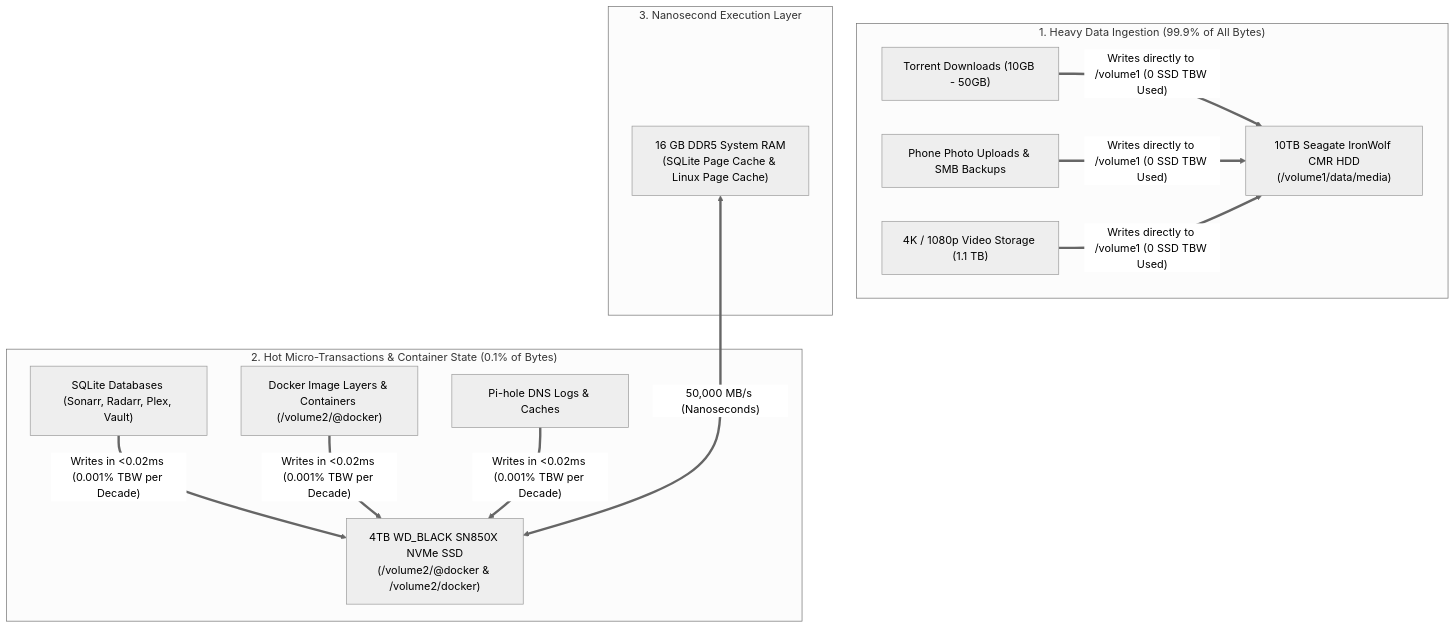
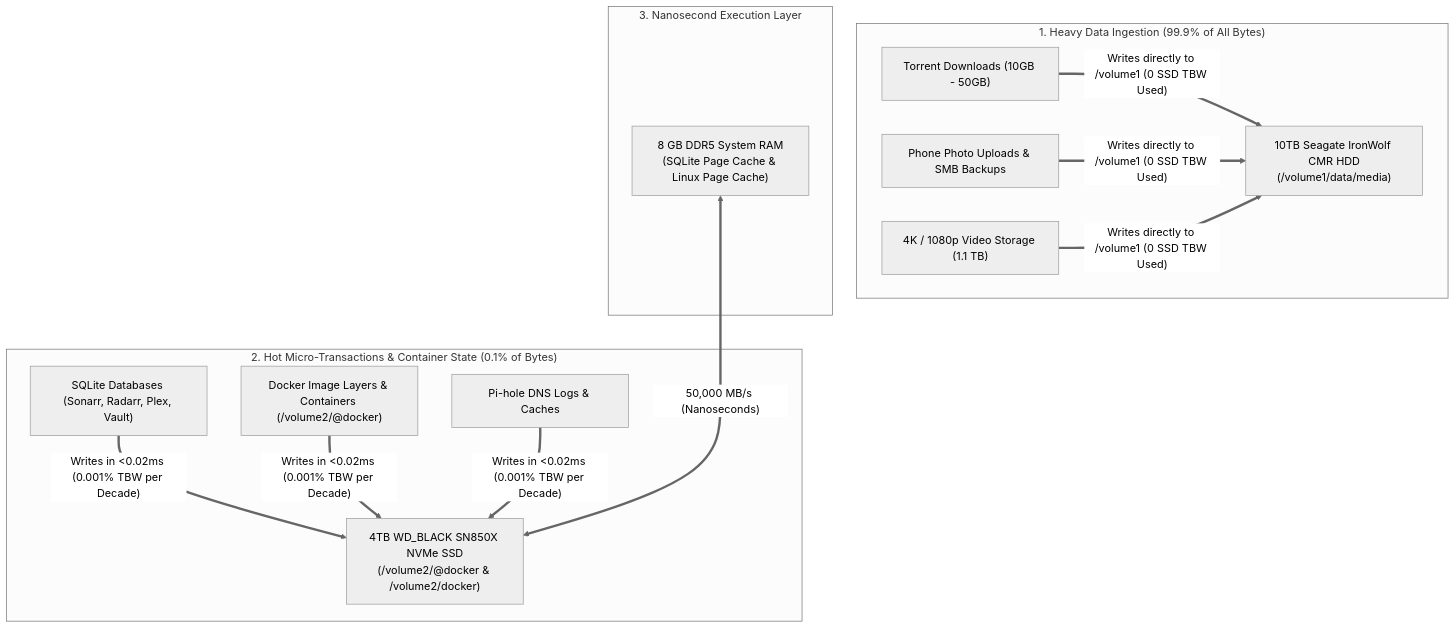
Before and after one commit to deepshah08/Learning: the diagram in ugreen_nas/STORAGE_TIERING_AND_NVME_ARCHITECTURE.md, drawn with Mermaid (neutral theme).

Commit message:
docs: correct NAS RAM spec to 8GB DDR5 and Pi 5 to 16GB

````diff
--- a/ugreen_nas/STORAGE_TIERING_AND_NVME_ARCHITECTURE.md
+++ b/ugreen_nas/STORAGE_TIERING_AND_NVME_ARCHITECTURE.md
@@ -14,22 +14,22 @@
 ```mermaid
 flowchart TD
     subgraph Heavy["1. Heavy Data Ingestion (99.9% of All Bytes)"]
         Torrents["Torrent Downloads (10GB - 50GB)"]
         Photos["Phone Photo Uploads & SMB Backups"]
         Media["4K / 1080p Video Storage (1.1 TB)"]
         Torrents & Photos & Media ==>|"Writes directly to /volume1 (0 SSD TBW Used)"| HDD["10TB Seagate IronWolf CMR HDD\n(/volume1/data/media)"]
     end
 
     subgraph Hot["2. Hot Micro-Transactions & Container State (0.1% of Bytes)"]
         DB["SQLite Databases (Sonarr, Radarr, Plex, Vault)"]
         Docker["Docker Image Layers & Containers (/volume2/@docker)"]
         PiHole["Pi-hole DNS Logs & Caches"]
         DB & Docker & PiHole ==>|"Writes in <0.02ms (0.001% TBW per Decade)"| NVMe["4TB WD_BLACK SN850X NVMe SSD\n(/volume2/@docker & /volume2/docker)"]
     end
 
     subgraph Memory["3. Nanosecond Execution Layer"]
-        RAM["16 GB DDR5 System RAM\n(SQLite Page Cache & Linux Page Cache)"]
+        RAM["8 GB DDR5 System RAM\n(SQLite Page Cache & Linux Page Cache)"]
     end
 
     RAM <===>|"50,000 MB/s (Nanoseconds)"| NVMe
 ```
````
